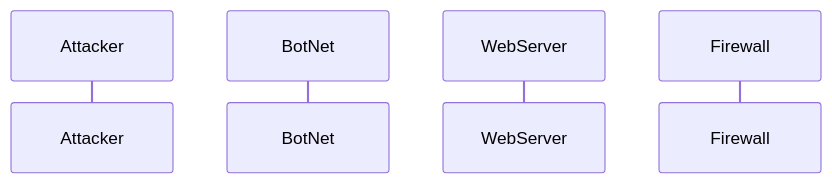
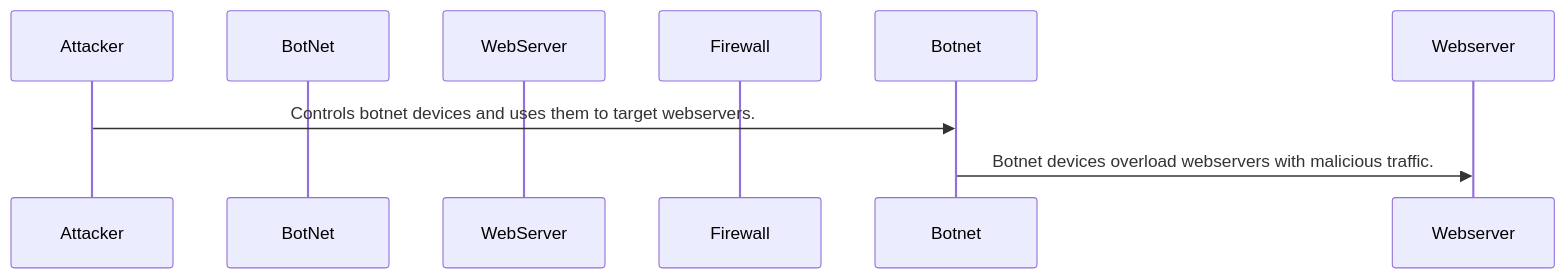
The diagram in DDoS_Attack_Sequence.md (jdignam/jdignam.github.io), drawn with Mermaid before and after one commit.

````diff
--- a/DDoS_Attack_Sequence.md
+++ b/DDoS_Attack_Sequence.md
@@ -1,7 +1,9 @@
 ```mermaid
 sequenceDiagram
 participant Attacker
 participant BotNet
 participant WebServer
 participant Firewall
+Attacker->>Botnet: Controls botnet devices and uses them to target webservers.
+Botnet->>Webserver: Botnet devices overload webservers with malicious traffic.
 ```
````
